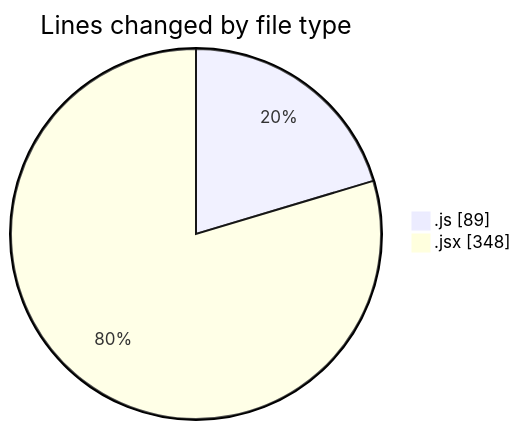
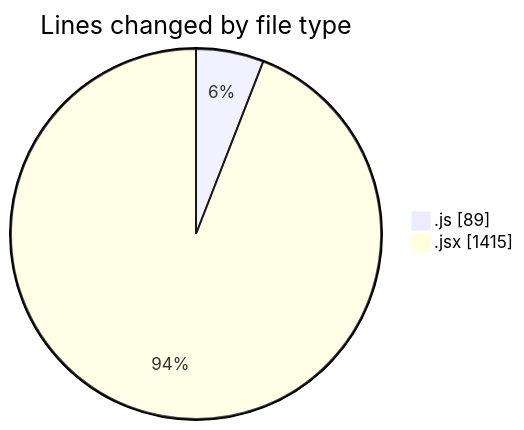
One commit to nxtqubesakshisongat/code-tracking changed the first of 2 diagrams in 2025-05-03/nxtqube_webapp/README.md. Above: the diagram before and after it, drawn with Mermaid. The commit also changed other lines of this file and 1 other file, not shown here.

````diff
--- a/2025-05-03/nxtqube_webapp/README.md
+++ b/2025-05-03/nxtqube_webapp/README.md
@@ -21,6 +22,6 @@
 ```mermaid
 pie showData
 title Lines changed by file type
 ".js" : 89
-".jsx" : 348
+".jsx" : 1415
 ```
````
